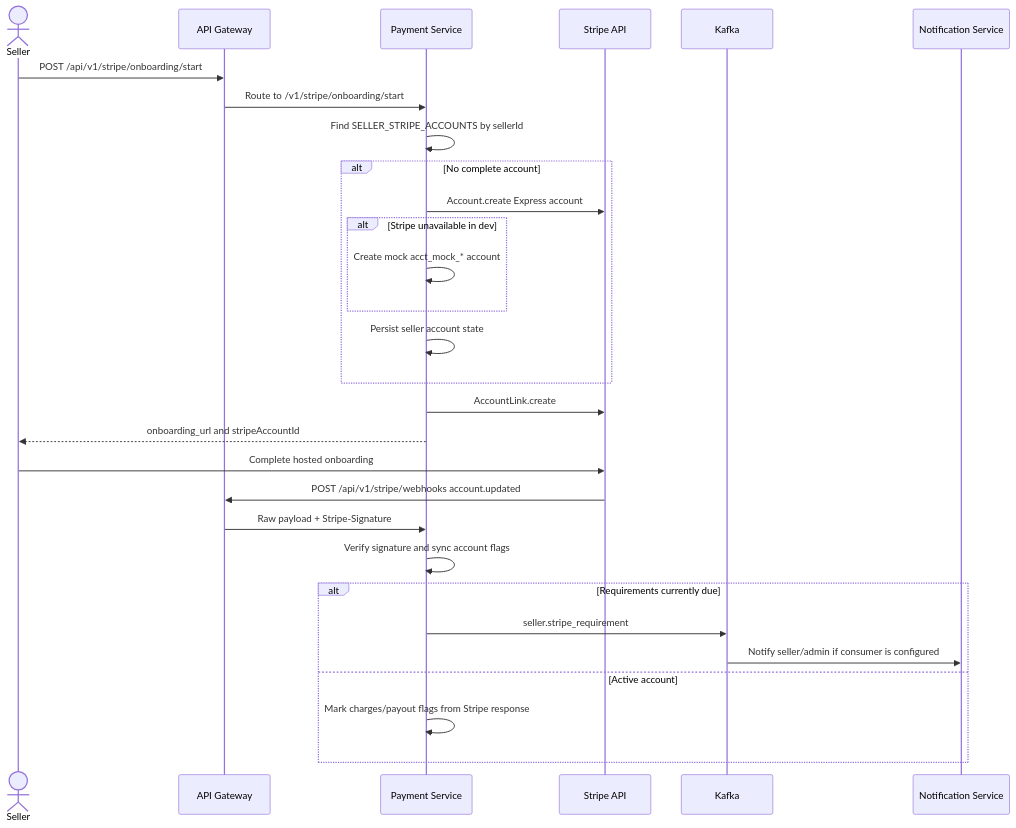
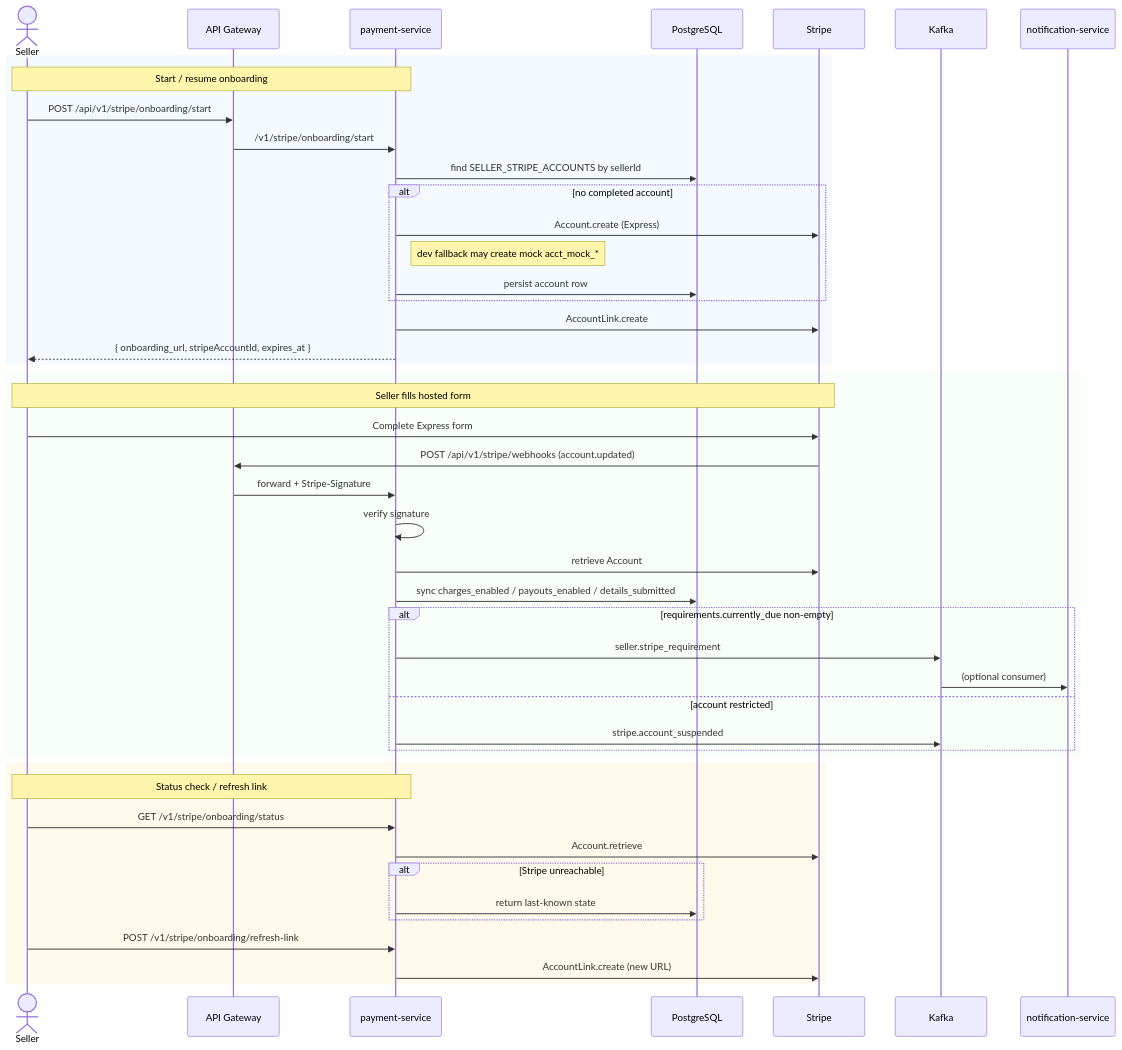
One commit to ldqanh1408/stealing-from-paradise changed the first of 2 diagrams in documents/flows/cross-service/flow-stripe-onboarding.md. Above: the diagram before and after it, drawn with Mermaid. The commit also changed other lines of this file and 48 other files, not shown here.

````diff
--- a/documents/flows/cross-service/flow-stripe-onboarding.md
+++ b/documents/flows/cross-service/flow-stripe-onboarding.md
@@ -13,33 +32,51 @@
 ```mermaid
 sequenceDiagram
     actor Seller
     participant GW as API Gateway
-    participant Pay as Payment Service
-    participant Stripe as Stripe API
-    participant Kafka as Kafka
-    participant Notif as Notification Service
+    participant PA as payment-service
+    participant DB as PostgreSQL
+    participant STR as Stripe
+    participant K as Kafka
+    participant NT as notification-service
 
+    rect rgb(245,250,255)
+    Note over Seller,PA: Start / resume onboarding
     Seller->>GW: POST /api/v1/stripe/onboarding/start
-    GW->>Pay: Route to /v1/stripe/onboarding/start
-    Pay->>Pay: Find SELLER_STRIPE_ACCOUNTS by sellerId
-    alt No complete account
-        Pay->>Stripe: Account.create Express account
-        alt Stripe unavailable in dev
-            Pay->>Pay: Create mock acct_mock_* account
-        end
-        Pay->>Pay: Persist seller account state
+    GW->>PA: /v1/stripe/onboarding/start
+    PA->>DB: find SELLER_STRIPE_ACCOUNTS by sellerId
+    alt no completed account
+        PA->>STR: Account.create (Express)
+        Note right of PA: dev fallback may create mock acct_mock_*
+        PA->>DB: persist account row
     end
-    Pay->>Stripe: AccountLink.create
-    Pay-->>Seller: onboarding_url and stripeAccountId
+    PA->>STR: AccountLink.create
+    PA-->>Seller: { onboarding_url, stripeAccountId, expires_at }
+    end
 
-    Seller->>Stripe: Complete hosted onboarding
-    Stripe->>GW: POST /api/v1/stripe/webhooks account.updated
-    GW->>Pay: Raw payload + Stripe-Signature
-    Pay->>Pay: Verify signature and sync account flags
-    alt Requirements currently due
-        Pay->>Kafka: seller.stripe_requirement
-        Kafka->>Notif: Notify seller/admin if consumer is configured
-    else Active account
-        Pay->>Pay: Mark charges/payout flags from Stripe response
+    rect rgb(248,255,248)
+    Note over Seller,STR: Seller fills hosted form
+    Seller->>STR: Complete Express form
+    STR->>GW: POST /api/v1/stripe/webhooks (account.updated)
+    GW->>PA: forward + Stripe-Signature
+    PA->>PA: verify signature
+    PA->>STR: retrieve Account
+    PA->>DB: sync charges_enabled / payouts_enabled / details_submitted
+    alt requirements.currently_due non-empty
+        PA->>K: seller.stripe_requirement
+        K->>NT: (optional consumer)
+    else account restricted
+        PA->>K: stripe.account_suspended
+    end
+    end
+
+    rect rgb(255,250,235)
+    Note over Seller,PA: Status check / refresh link
+    Seller->>PA: GET /v1/stripe/onboarding/status
+    PA->>STR: Account.retrieve
+    alt Stripe unreachable
+        PA->>DB: return last-known state
+    end
+    Seller->>PA: POST /v1/stripe/onboarding/refresh-link
+    PA->>STR: AccountLink.create (new URL)
     end
 ```
````
